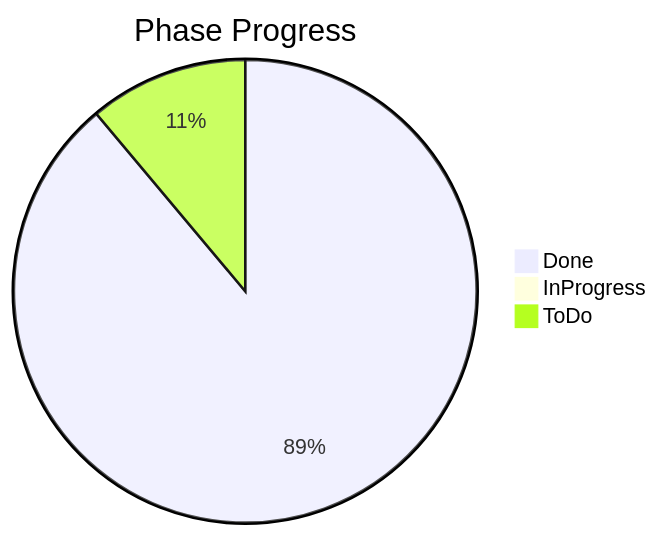
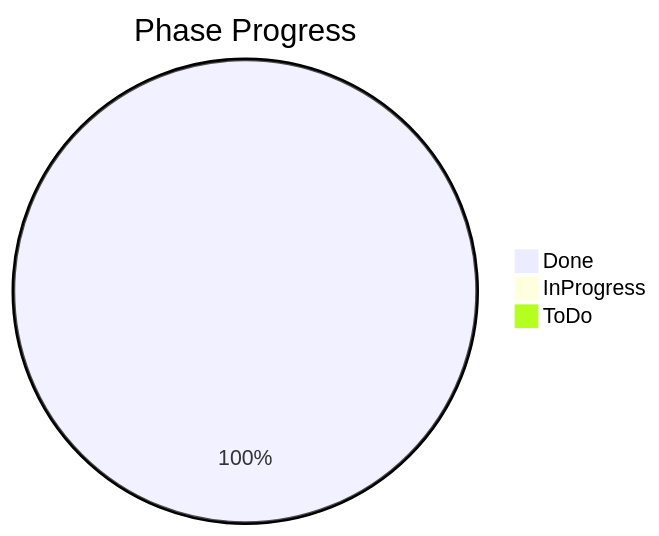
One commit to tdutra-dev/intralogistics-orchestrator changed the second of 3 diagrams in README.md. Above: the diagram before and after it, drawn with Mermaid. The commit also changed other lines of this file and 2 other files, not shown here.

Commit message:
docs(phase6): finalize roadmap and operational recap

````diff
--- a/README.md
+++ b/README.md
@@ -90,6 +90,6 @@
 ```mermaid
 pie title Phase Progress
-   "Done" : 8
+   "Done" : 9
    "InProgress" : 0
-   "ToDo" : 1
+   "ToDo" : 0
 ```
````
